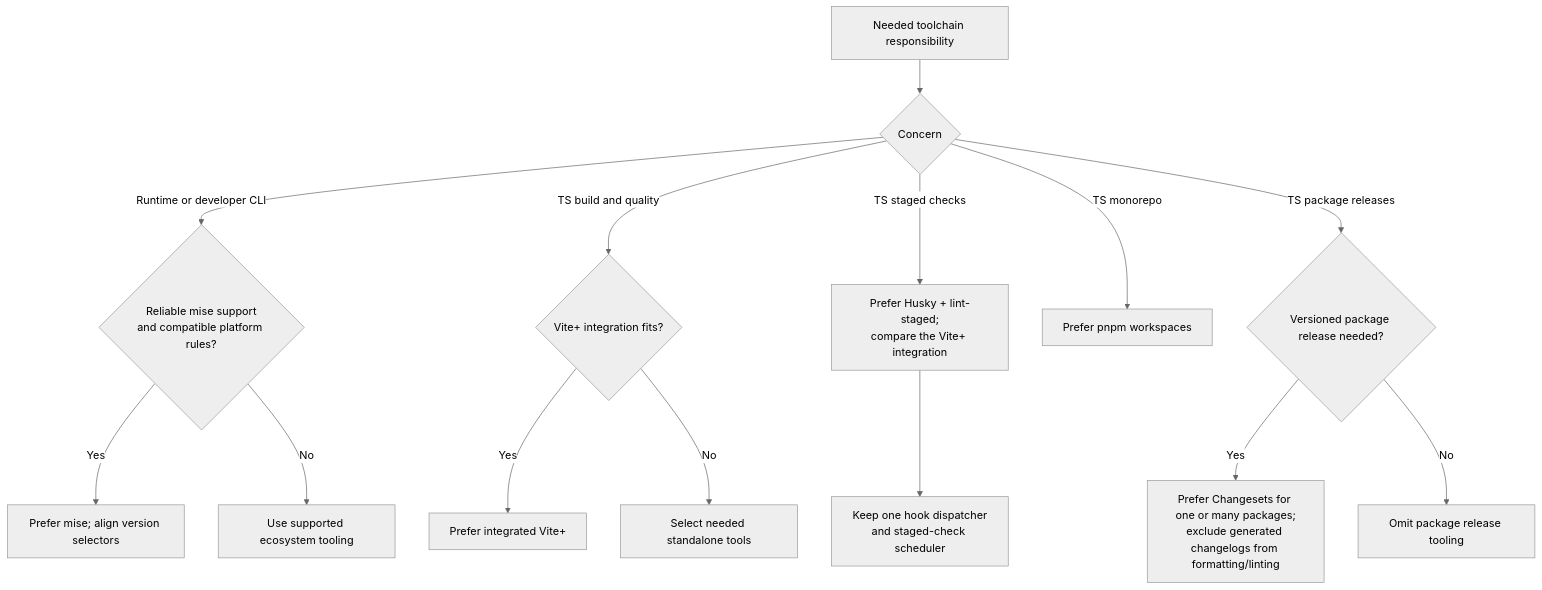
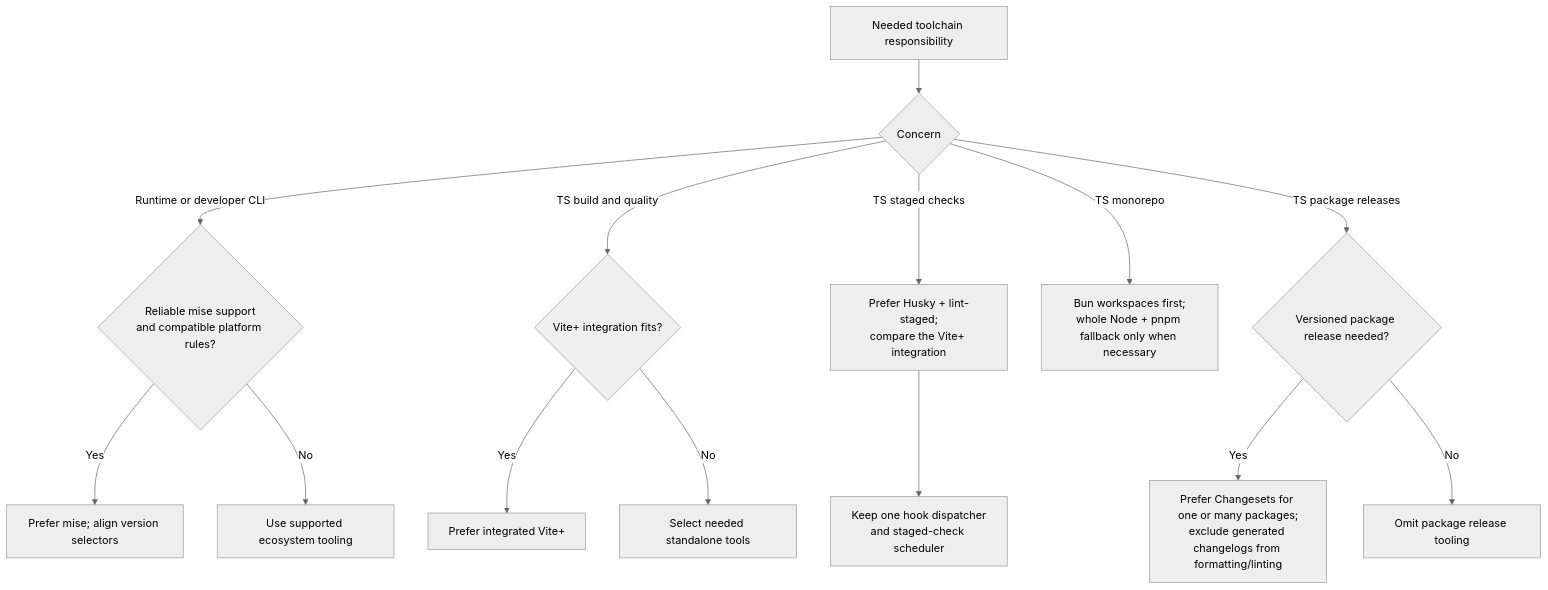
Before and after one commit to VdustR/skills: the diagram in skills/vp-stack-selection/references/toolchain.md, drawn with Mermaid (neutral theme). The commit also changed other lines of this file and 6 other files, not shown here.

Commit message:
feat(vp-stack-selection): adopt Bun-first repository toolchains (#129)

````diff
--- a/skills/vp-stack-selection/references/toolchain.md
+++ b/skills/vp-stack-selection/references/toolchain.md
@@ -6,16 +6,16 @@
 ```mermaid
 flowchart TD
     A[Needed toolchain responsibility] --> B{Concern}
     B -->|Runtime or developer CLI| C{Reliable mise support<br/>and compatible platform rules?}
     C -->|Yes| D[Prefer mise; align version selectors]
     C -->|No| E[Use supported ecosystem tooling]
     B -->|TS build and quality| F{Vite+ integration fits?}
     F -->|Yes| G[Prefer integrated Vite+]
     F -->|No| H[Select needed standalone tools]
     B -->|TS staged checks| I[Prefer Husky + lint-staged;<br/>compare the Vite+ integration]
     I --> J[Keep one hook dispatcher<br/>and staged-check scheduler]
-    B -->|TS monorepo| K[Prefer pnpm workspaces]
+    B -->|TS monorepo| K[Bun workspaces first;<br/>whole Node + pnpm fallback only when necessary]
     B -->|TS package releases| L{Versioned package release needed?}
     L -->|Yes| M[Prefer Changesets for one or many packages;<br/>exclude generated changelogs from formatting/linting]
     L -->|No| N[Omit package release tooling]
 ```
````
